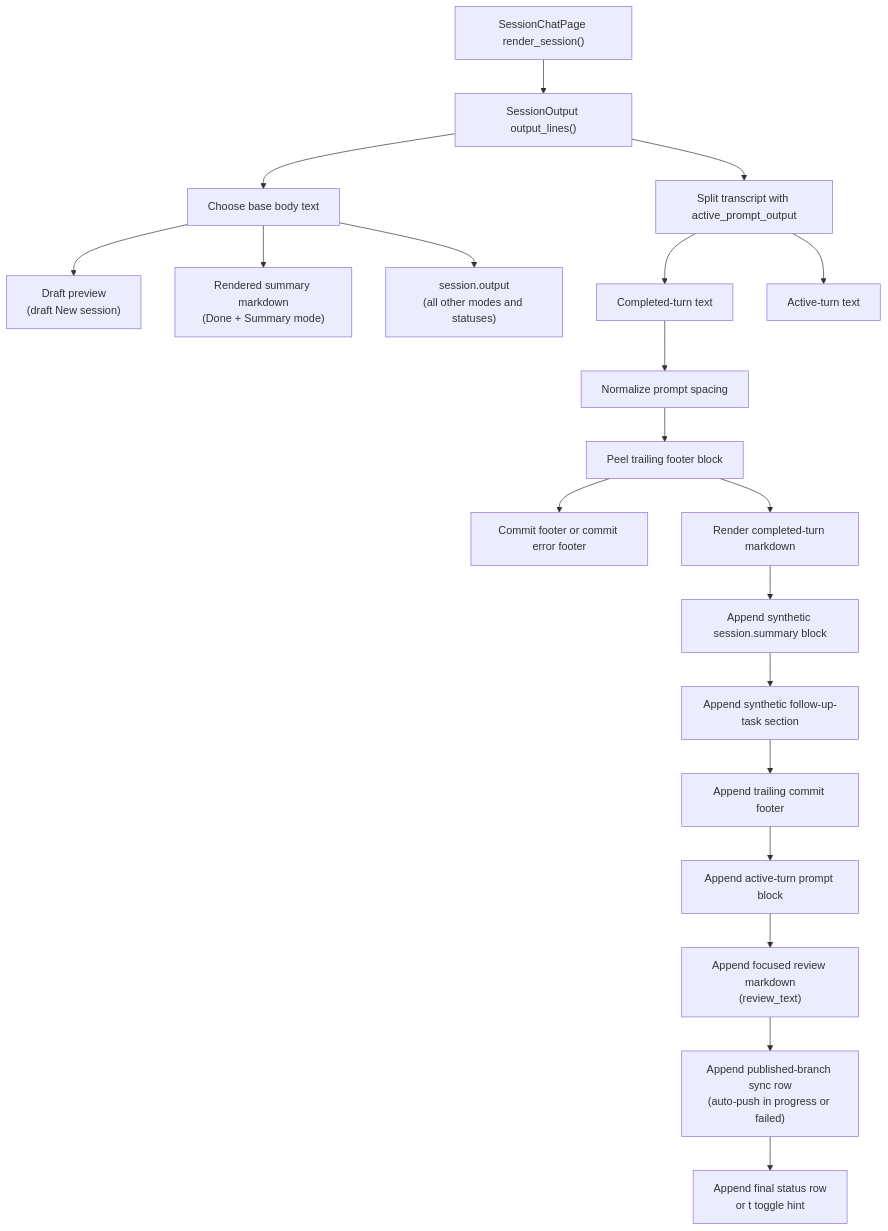
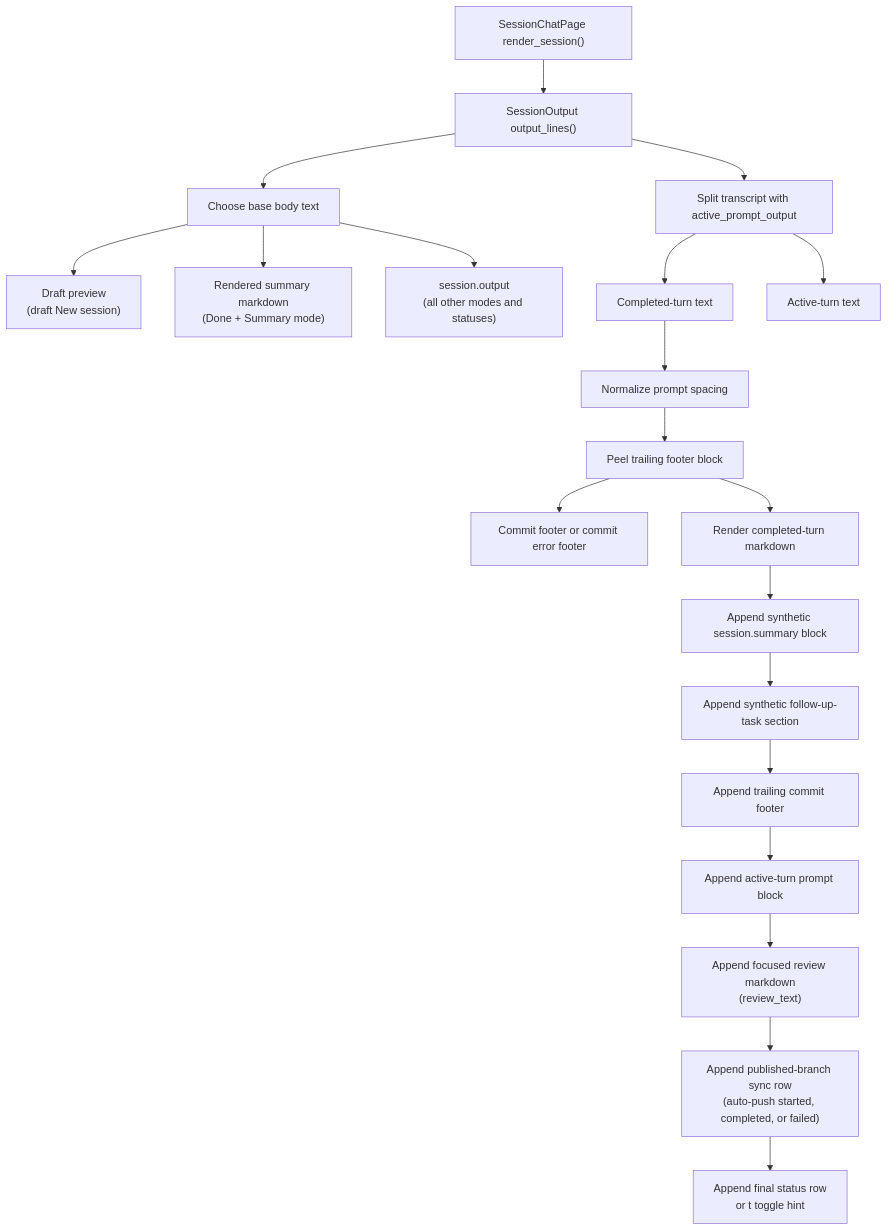
The second of 4 diagrams in docs/site/content/docs/architecture/runtime-flow.md (opencloudtool/agentty), drawn with Mermaid before and after one commit. The commit also changed other lines of this file and 5 other files, not shown here.

First line of the commit message:
Preserve published-branch auto-push completion state

````diff
--- a/docs/site/content/docs/architecture/runtime-flow.md
+++ b/docs/site/content/docs/architecture/runtime-flow.md
@@ -215,32 +215,32 @@
 ```mermaid
 flowchart TD
   render["SessionChatPage render_session()"]
   lines["SessionOutput output_lines()"]
   render --> lines
 
   base["Choose base body text"]
   lines --> base
   base --> draft["Draft preview<br/>(draft New session)"]
   base --> done_summary["Rendered summary markdown<br/>(Done + Summary mode)"]
   base --> transcript["session.output<br/>(all other modes and statuses)"]
 
   split["Split transcript with active_prompt_output"]
   completed["Completed-turn text"]
   active["Active-turn text"]
   lines --> split
   split --> completed
   split --> active
 
   completed --> spacing["Normalize prompt spacing"]
   spacing --> footer_split["Peel trailing footer block"]
   footer_split --> footer_kind["Commit footer or commit error footer"]
   footer_split --> completed_md["Render completed-turn markdown"]
 
   completed_md --> summary["Append synthetic session.summary block"]
   summary --> tasks["Append synthetic follow-up-task section"]
   tasks --> footer["Append trailing commit footer"]
   footer --> active_prompt["Append active-turn prompt block"]
   active_prompt --> review["Append focused review markdown<br/>(review_text)"]
-  review --> branch_sync["Append published-branch sync row<br/>(auto-push in progress or failed)"]
+  review --> branch_sync["Append published-branch sync row<br/>(auto-push started, completed, or failed)"]
   branch_sync --> final_row["Append final status row<br/>or t toggle hint"]
 ```
````
